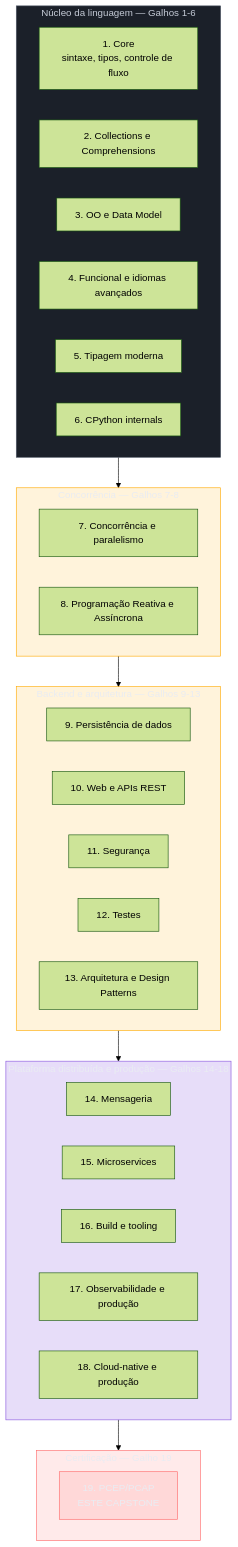
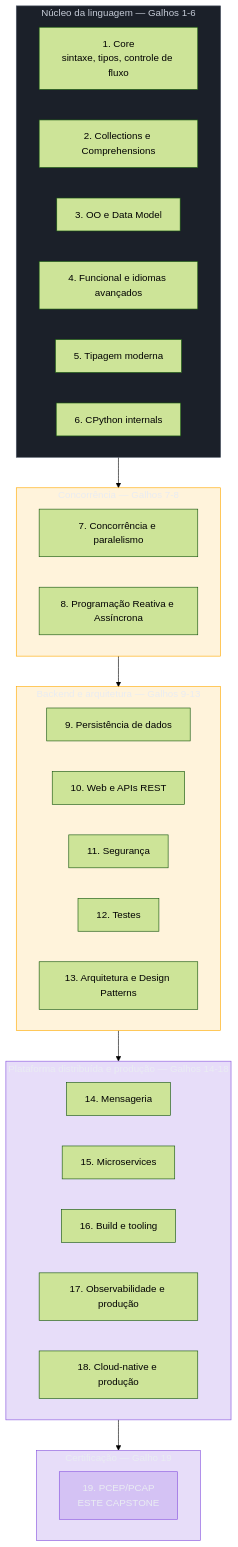
The second of 2 diagrams in 03-Dominios/Tecnologia/Python/Certificação (PCEP-PCAP)/08 - Capstone — simulado comentado PCEP + PCAP.md (josenaldo/codex-technomanticus), drawn with Mermaid (forest theme) before and after one commit. The commit also changed other lines of this file and 601 other files, not shown here.

````diff
--- a/03-Dominios/Tecnologia/Python/Certificação (PCEP-PCAP)/08 - Capstone — simulado comentado PCEP + PCAP.md
+++ b/03-Dominios/Tecnologia/Python/Certificação (PCEP-PCAP)/08 - Capstone — simulado comentado PCEP + PCAP.md
@@ -420,49 +420,48 @@
 ```mermaid
 flowchart TB
     classDef neutro fill:#1B2029,stroke:#4E5666,color:#C6CCD8
     classDef destaque fill:#FFAA0024,stroke:#FFAA00,color:#E9ECF2
     classDef marca fill:#8855DF33,stroke:#8855DF,color:#E9ECF2
-    classDef falha fill:#FF6B6B24,stroke:#FF6B6B,color:#E9ECF2
     subgraph NUCLEO["Núcleo da linguagem — Galhos 1-6"]
         G1["1. Core<br/>sintaxe, tipos, controle de fluxo"]
         G2["2. Collections e Comprehensions"]
         G3["3. OO e Data Model"]
         G4["4. Funcional e idiomas avançados"]
         G5["5. Tipagem moderna"]
         G6["6. CPython internals"]
     end
 
     subgraph CONC["Concorrência — Galhos 7-8"]
         G7["7. Concorrência e paralelismo"]
         G8["8. Programação Reativa e Assíncrona"]
     end
 
     subgraph BACK["Backend e arquitetura — Galhos 9-13"]
         G9["9. Persistência de dados"]
         G10["10. Web e APIs REST"]
         G11["11. Segurança"]
         G12["12. Testes"]
         G13["13. Arquitetura e Design Patterns"]
     end
 
     subgraph PROD["Plataforma distribuída e produção — Galhos 14-18"]
         G14["14. Mensageria"]
         G15["15. Microservices"]
         G16["16. Build e tooling"]
         G17["17. Observabilidade e produção"]
         G18["18. Cloud-native e produção"]
     end
 
     subgraph CERT["Certificação — Galho 19"]
         G19["19. PCEP/PCAP<br/>ESTE CAPSTONE"]
     end
 
     NUCLEO --> CONC --> BACK --> PROD --> CERT
 
     class NUCLEO neutro
     class CONC destaque
     class BACK destaque
     class PROD marca
-    class CERT falha
-    class G19 falha
+    class CERT marca
+    class G19 marca
 ```
````
